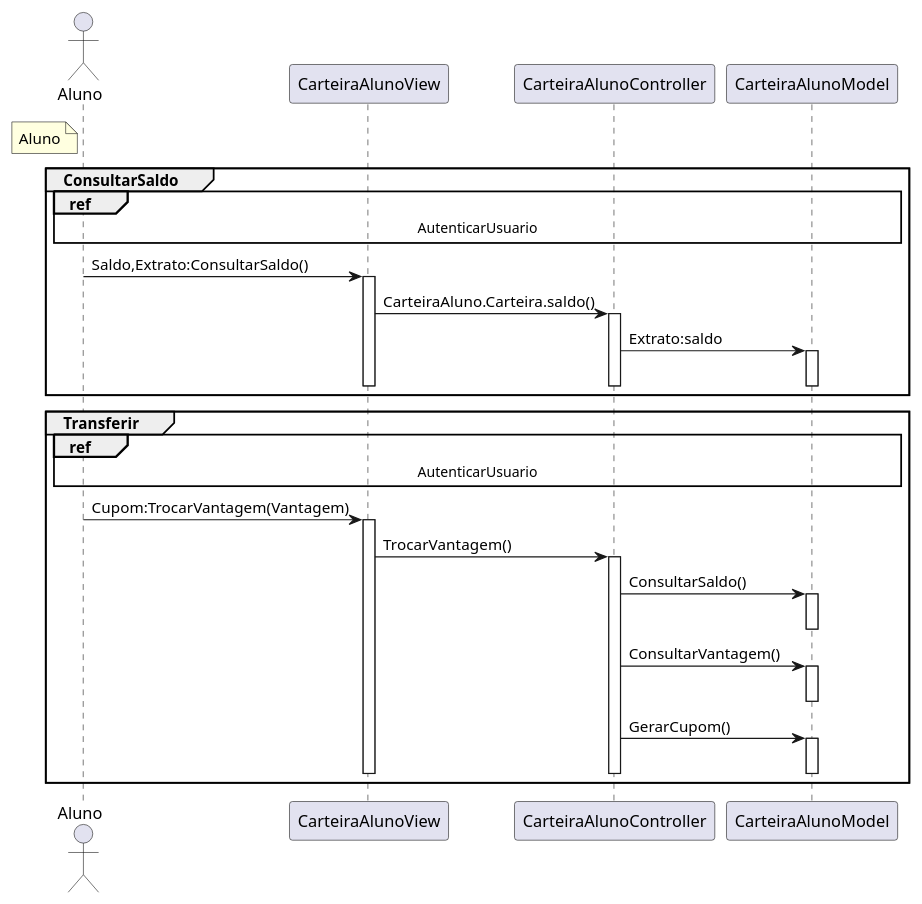
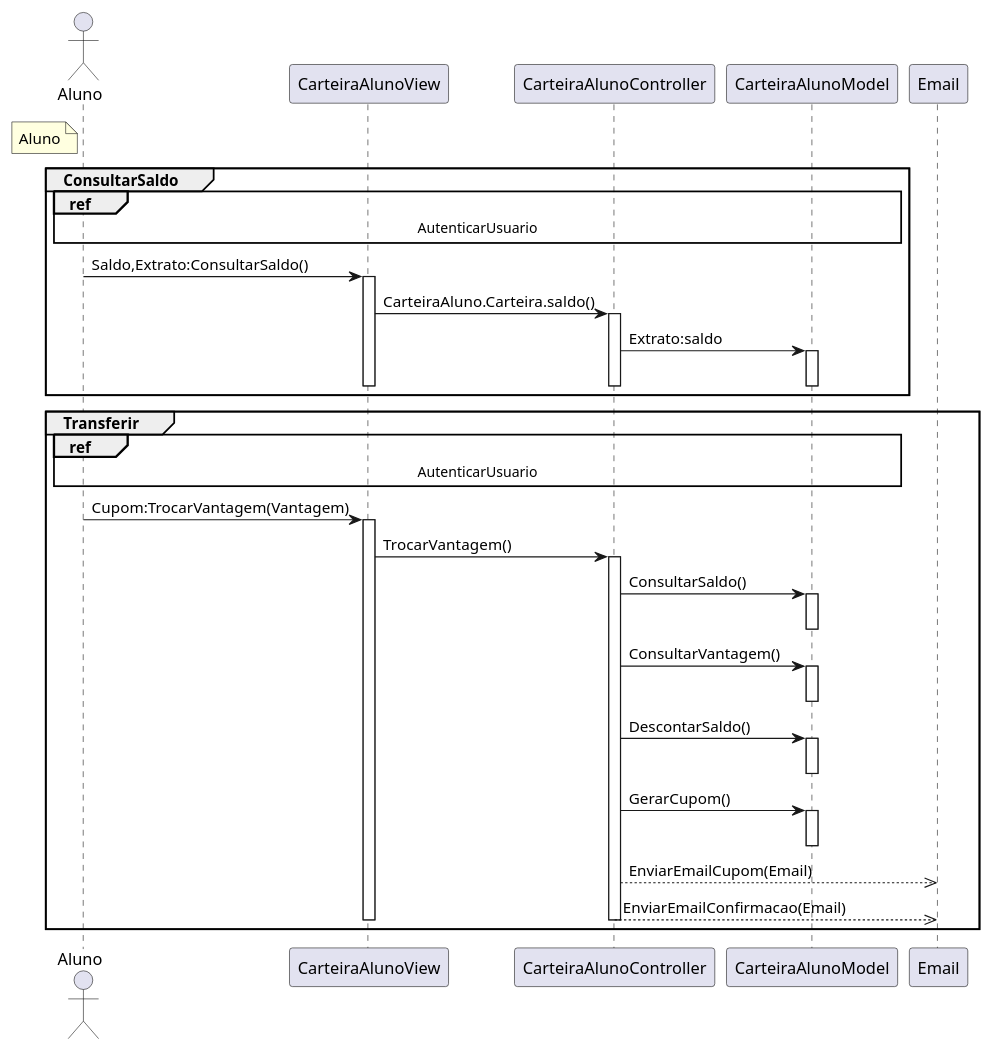
The diagram in laboratorio-4/sprint-1/projeto/plantuml/sequencia/Aluno.plantuml (G4BR-13-L/lab-desenvolvimento-de-software), drawn with PlantUML before and after one commit. The commit also changed 13 other files, not shown here.

Commit message:
Gerados os novos diagramas

```diff
--- a/laboratorio-4/sprint-1/projeto/plantuml/sequencia/Aluno.plantuml
+++ b/laboratorio-4/sprint-1/projeto/plantuml/sequencia/Aluno.plantuml
@@ -1,54 +1,59 @@
 @startuml Aluno
 
 
 actor "Aluno" as Aluno
 note left of Aluno #LightYellow
     Aluno
 end note
 
 participant "CarteiraAlunoView" as CarteiraAlunoView
 participant "CarteiraAlunoController" as CarteiraAlunoController
 participant "CarteiraAlunoModel" as CarteiraAlunoModel
 
 group ConsultarSaldo
     ref over Aluno,CarteiraAlunoView, CarteiraAlunoController, CarteiraAlunoModel : AutenticarUsuario
     Aluno -> CarteiraAlunoView : Saldo,Extrato:ConsultarSaldo()
     activate CarteiraAlunoView
     CarteiraAlunoView -> CarteiraAlunoController : CarteiraAluno.Carteira.saldo()
     activate CarteiraAlunoController
     CarteiraAlunoController -> CarteiraAlunoModel : Extrato:saldo
     activate CarteiraAlunoModel
     deactivate CarteiraAlunoModel
     deactivate CarteiraAlunoController
     deactivate CarteiraAlunoView
 end
 
 group Transferir
     ref over Aluno,CarteiraAlunoView, CarteiraAlunoController, CarteiraAlunoModel : AutenticarUsuario
     Aluno -> CarteiraAlunoView :  Cupom:TrocarVantagem(Vantagem)
     activate CarteiraAlunoView
     CarteiraAlunoView -> CarteiraAlunoController : TrocarVantagem()
     activate CarteiraAlunoController
     CarteiraAlunoController -> CarteiraAlunoModel : ConsultarSaldo()
     activate CarteiraAlunoModel
     deactivate CarteiraAlunoModel
     CarteiraAlunoController -> CarteiraAlunoModel : ConsultarVantagem()
     activate CarteiraAlunoModel
     deactivate  CarteiraAlunoModel
+    CarteiraAlunoController -> CarteiraAlunoModel : DescontarSaldo()
+    activate CarteiraAlunoModel
+    deactivate CarteiraAlunoModel
     CarteiraAlunoController -> CarteiraAlunoModel : GerarCupom()
     activate CarteiraAlunoModel
     deactivate CarteiraAlunoModel
+    CarteiraAlunoController -->> Email : EnviarEmailCupom(Email)
+    CarteiraAlunoController -->> Email : EnviarEmailConfirmacao(Email)
     deactivate CarteiraAlunoController
     deactivate CarteiraAlunoView
 end
 
 
 
 
 
 ' --> Sincrono
 ' -->> Assincrono
 ' <-- Retorno Sincrono
 ' <<-- Retorno Assíncrono
 
 @enduml
```
